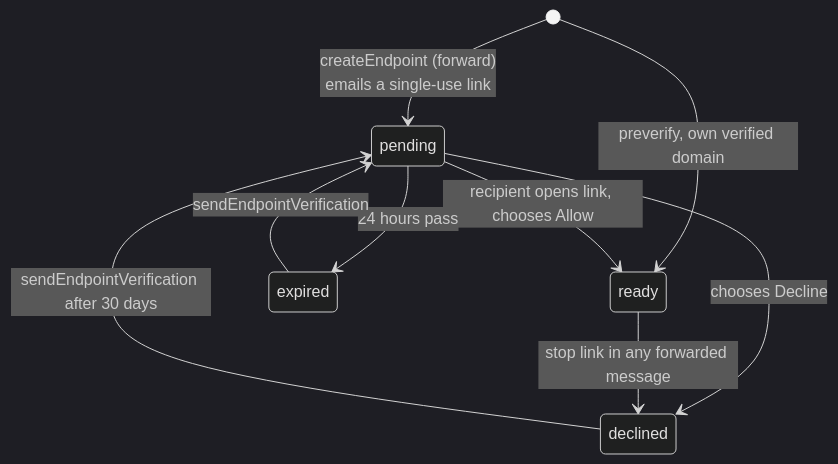
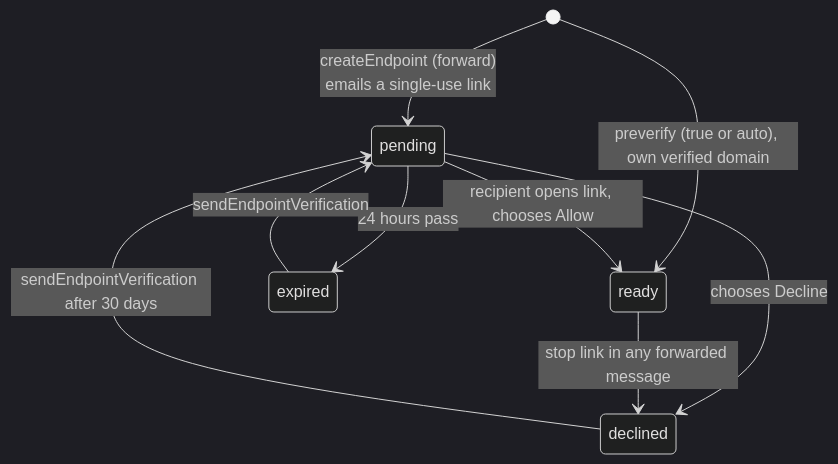
Before and after one commit to ameno-/nightmail: the second of 3 diagrams in docs/rules.md, drawn with Mermaid (dark theme). The commit also changed other lines of this file and 20 other files, not shown here.

````diff
--- a/docs/rules.md
+++ b/docs/rules.md
@@ -357,11 +357,11 @@
 ```mermaid
 stateDiagram-v2
   [*] --> pending: createEndpoint (forward)<br/>emails a single-use link
-  [*] --> ready: preverify, own verified domain
+  [*] --> ready: preverify (true or auto), own verified domain
   pending --> ready: recipient opens link, chooses Allow
   pending --> declined: chooses Decline
   pending --> expired: 24 hours pass
   expired --> pending: sendEndpointVerification
   ready --> declined: stop link in any forwarded message
   declined --> pending: sendEndpointVerification after 30 days
 ```
````
